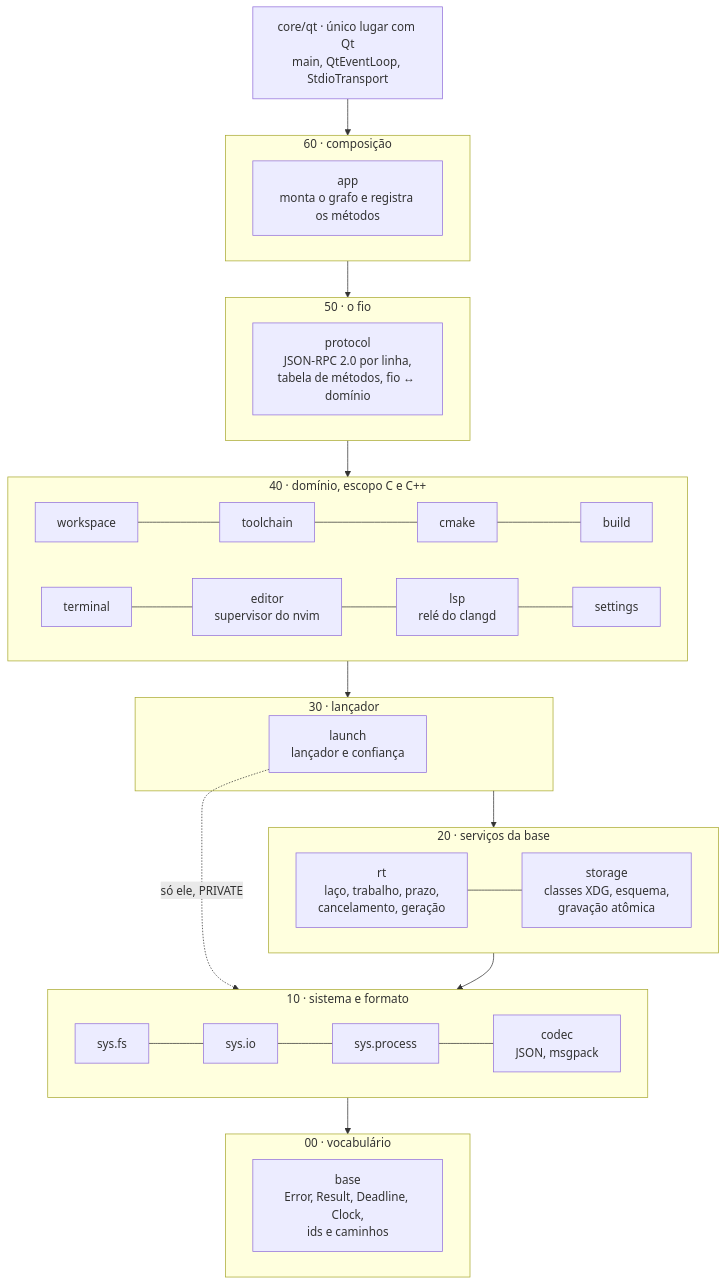
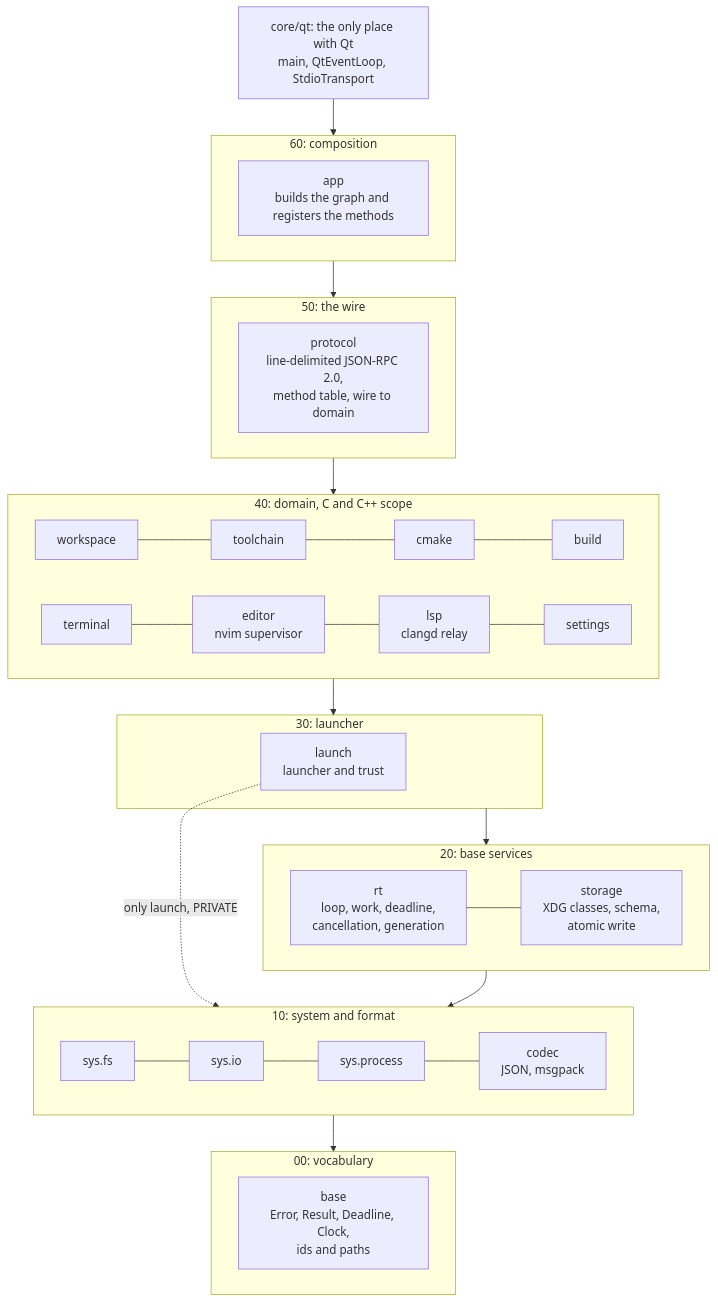
One commit to ViktorWalde/KineinVectis changed the first of 2 diagrams in docs/architecture/modules-and-layers.md. Above: the diagram before and after it, drawn with Mermaid. The commit also changed other lines of this file and 23 other files, not shown here.

First line of the commit message:
docs: docs/ in English, with a map and Mermaid diagrams

````diff
--- a/docs/architecture/modules-and-layers.md
+++ b/docs/architecture/modules-and-layers.md
@@ -55,31 +51,31 @@
 ```mermaid
 flowchart TB
-    qt["core/qt · único lugar com Qt<br/>main, QtEventLoop, StdioTransport"]
-    subgraph C6["60 · composição"]
-        app["app<br/>monta o grafo e registra os métodos"]
+    qt["core/qt: the only place with Qt<br/>main, QtEventLoop, StdioTransport"]
+    subgraph C6["60: composition"]
+        app["app<br/>builds the graph and registers the methods"]
     end
-    subgraph C5["50 · o fio"]
-        protocol["protocol<br/>JSON-RPC 2.0 por linha,<br/>tabela de métodos, fio ↔ domínio"]
+    subgraph C5["50: the wire"]
+        protocol["protocol<br/>line-delimited JSON-RPC 2.0,<br/>method table, wire to domain"]
     end
-    subgraph C4["40 · domínio, escopo C e C++"]
+    subgraph C4["40: domain, C and C++ scope"]
         direction LR
         workspace["workspace"] --- toolchain["toolchain"] --- cmake["cmake"] --- build["build"]
-        terminal["terminal"] --- editor["editor<br/>supervisor do nvim"] --- lsp["lsp<br/>relé do clangd"] --- settings["settings"]
+        terminal["terminal"] --- editor["editor<br/>nvim supervisor"] --- lsp["lsp<br/>clangd relay"] --- settings["settings"]
     end
-    subgraph C3["30 · lançador"]
-        launch["launch<br/>lançador e confiança"]
+    subgraph C3["30: launcher"]
+        launch["launch<br/>launcher and trust"]
     end
-    subgraph C2["20 · serviços da base"]
+    subgraph C2["20: base services"]
         direction LR
-        rt["rt<br/>laço, trabalho, prazo,<br/>cancelamento, geração"] --- storage["storage<br/>classes XDG, esquema,<br/>gravação atômica"]
+        rt["rt<br/>loop, work, deadline,<br/>cancellation, generation"] --- storage["storage<br/>XDG classes, schema,<br/>atomic write"]
     end
-    subgraph C1["10 · sistema e formato"]
+    subgraph C1["10: system and format"]
         direction LR
         sysfs["sys.fs"] --- sysio["sys.io"] --- sysproc["sys.process"] --- codec["codec<br/>JSON, msgpack"]
     end
-    subgraph C0["00 · vocabulário"]
-        base["base<br/>Error, Result, Deadline, Clock,<br/>ids e caminhos"]
+    subgraph C0["00: vocabulary"]
+        base["base<br/>Error, Result, Deadline, Clock,<br/>ids and paths"]
     end
     qt --> C6 --> C5 --> C4 --> C3 --> C2 --> C1 --> C0
-    launch -. "só ele, PRIVATE" .-> sysproc
+    launch -. "only launch, PRIVATE" .-> sysproc
 ```
````
